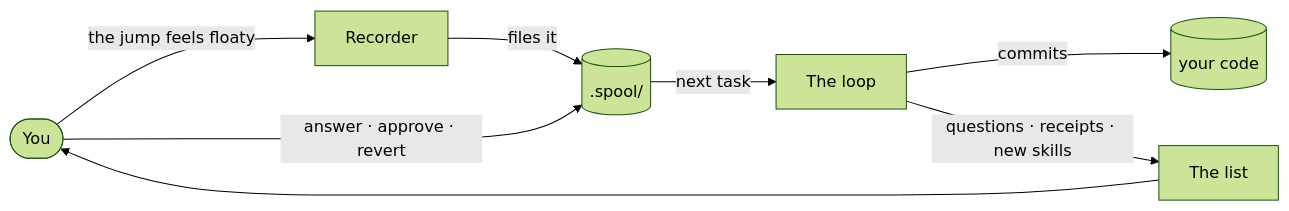
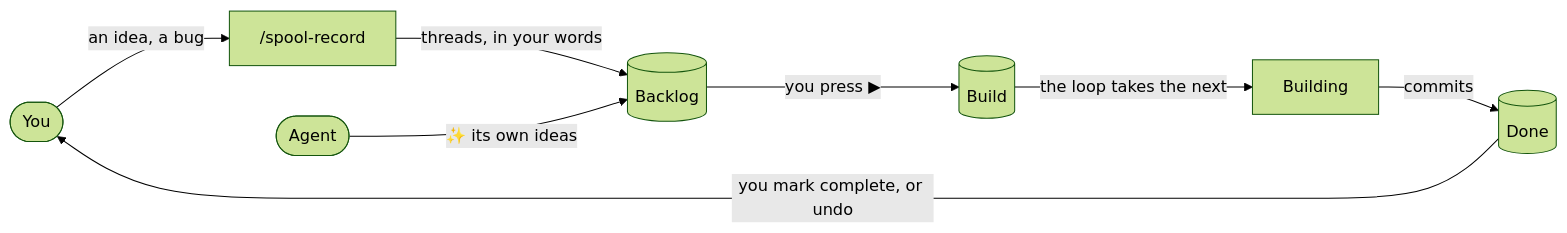
The diagram in docs/how-it-works.md (danielportnov/spool), drawn with Mermaid (forest theme) before and after one commit. The commit also changed other lines of this file, not shown here.

First line of the commit message:
Rewrite docs/how-it-works.md for Spool as it is

````diff
--- a/docs/how-it-works.md
+++ b/docs/how-it-works.md
@@ -9,10 +9,10 @@
 ```mermaid
 flowchart LR
-  you(["You"]) -- "the jump feels floaty" --> rec["Recorder"]
-  rec -- "files it" --> q[(".spool/")]
-  q -- "next task" --> w["The loop"]
-  w -- "commits" --> code[("your code")]
-  w -- "questions · receipts · new skills" --> rev["The list"]
-  rev --> you
-  you -- "answer · approve · revert" --> q
+  you(["You"]) -- "an idea, a bug" --> rec["/spool-record"]
+  rec -- "threads, in your words" --> back[("Backlog")]
+  agent(["Agent"]) -- "✨ its own ideas" --> back
+  back -- "you press ▶" --> build[("Build")]
+  build -- "the loop takes the next" --> doing["Building"]
+  doing -- "commits" --> done[("Done")]
+  done -- "you mark complete, or undo" --> you
 ```
````
